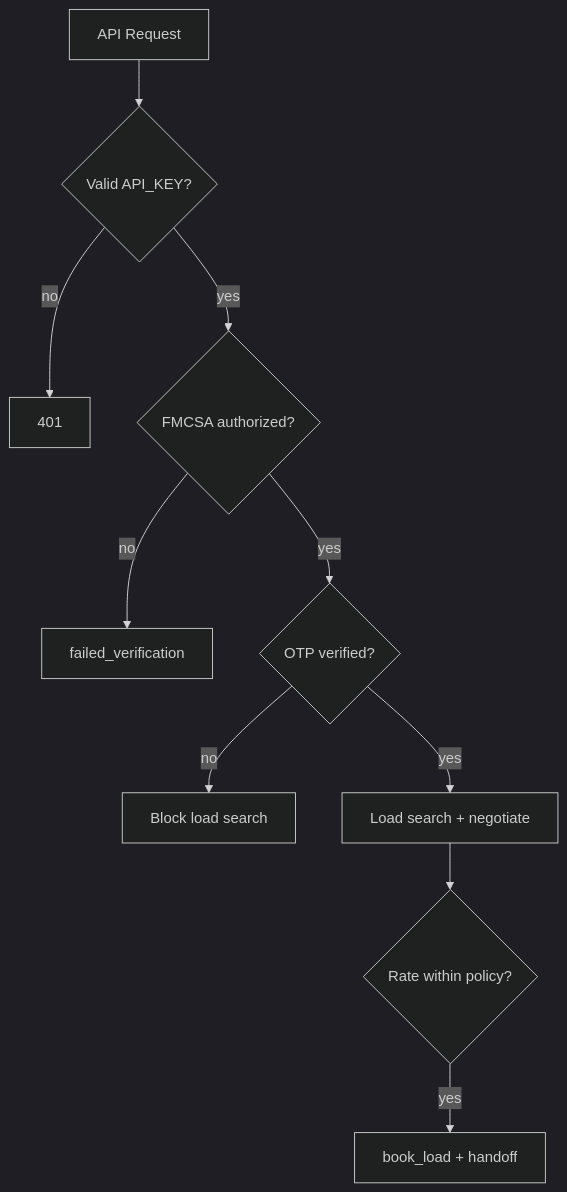
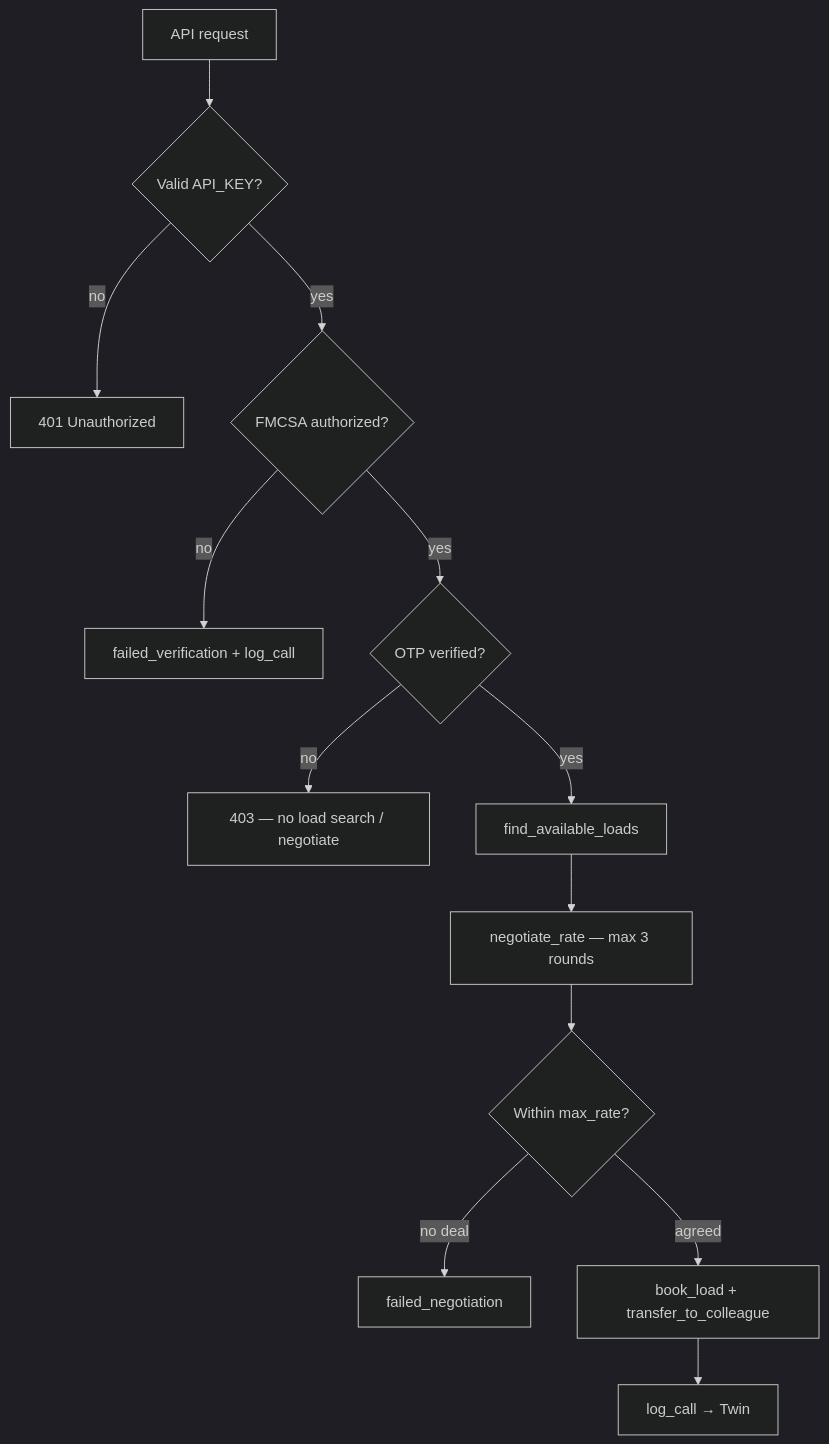
Before and after one commit to esxph/happyrobots_logistics: the fifth of 6 diagrams in Architecture/README.md, drawn with Mermaid (dark theme). The commit also changed other lines of this file and 8 other files, not shown here.

````diff
--- a/Architecture/README.md
+++ b/Architecture/README.md
@@ -62,12 +344,15 @@
 ```mermaid
 flowchart TD
-    A[API Request] --> B{Valid API_KEY?}
-    B -->|no| R401[401]
+    A[API request] --> B{Valid API_KEY?}
+    B -->|no| R401[401 Unauthorized]
     B -->|yes| C{FMCSA authorized?}
-    C -->|no| End1[failed_verification]
+    C -->|no| End1[failed_verification + log_call]
     C -->|yes| D{OTP verified?}
-    D -->|no| Block[Block load search]
-    D -->|yes| E[Load search + negotiate]
-    E --> F{Rate within policy?}
-    F -->|yes| G[book_load + handoff]
+    D -->|no| Block[403 — no load search / negotiate]
+    D -->|yes| E[find_available_loads]
+    E --> F[negotiate_rate — max 3 rounds]
+    F --> G{Within max_rate?}
+    G -->|no deal| End2[failed_negotiation]
+    G -->|agreed| H[book_load + transfer_to_colleague]
+    H --> I[log_call → Twin]
 ```
````
